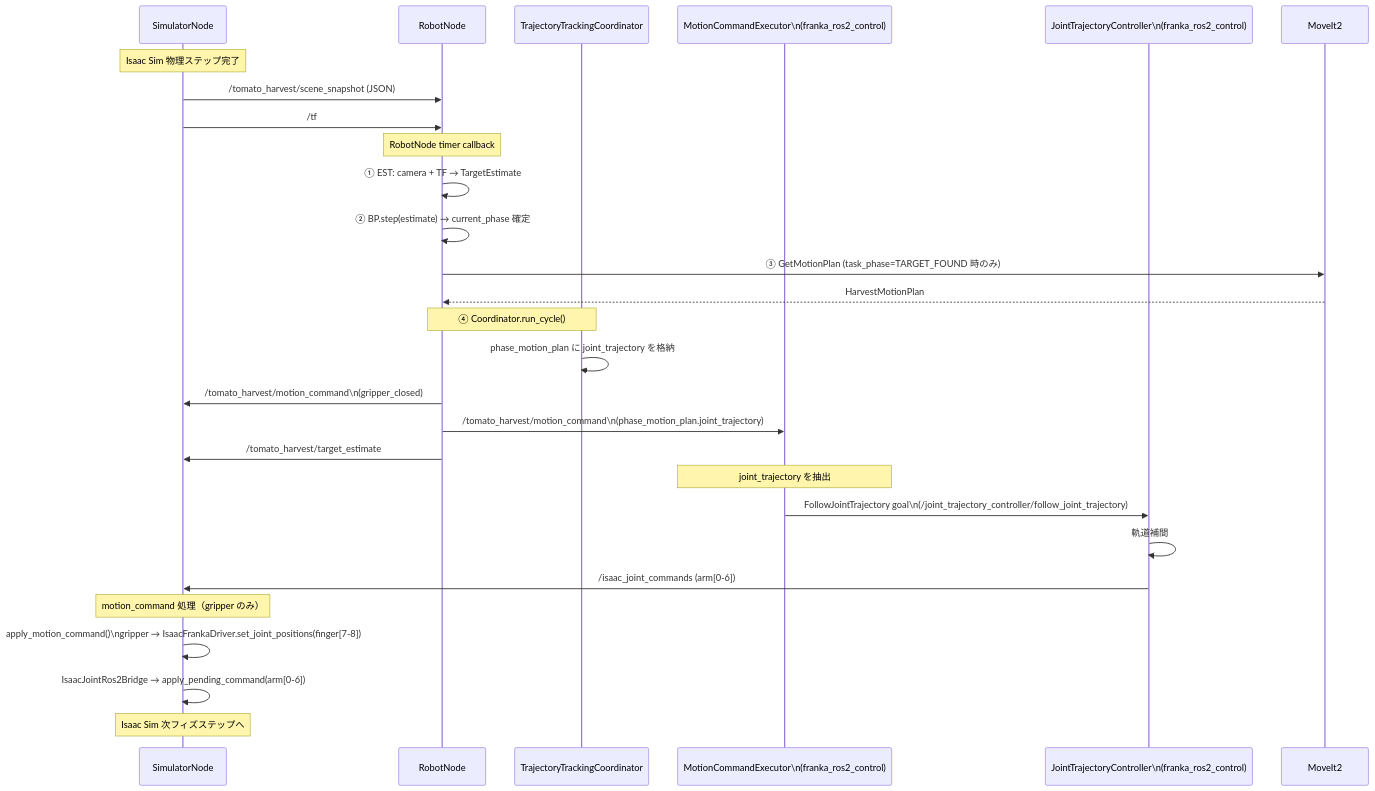
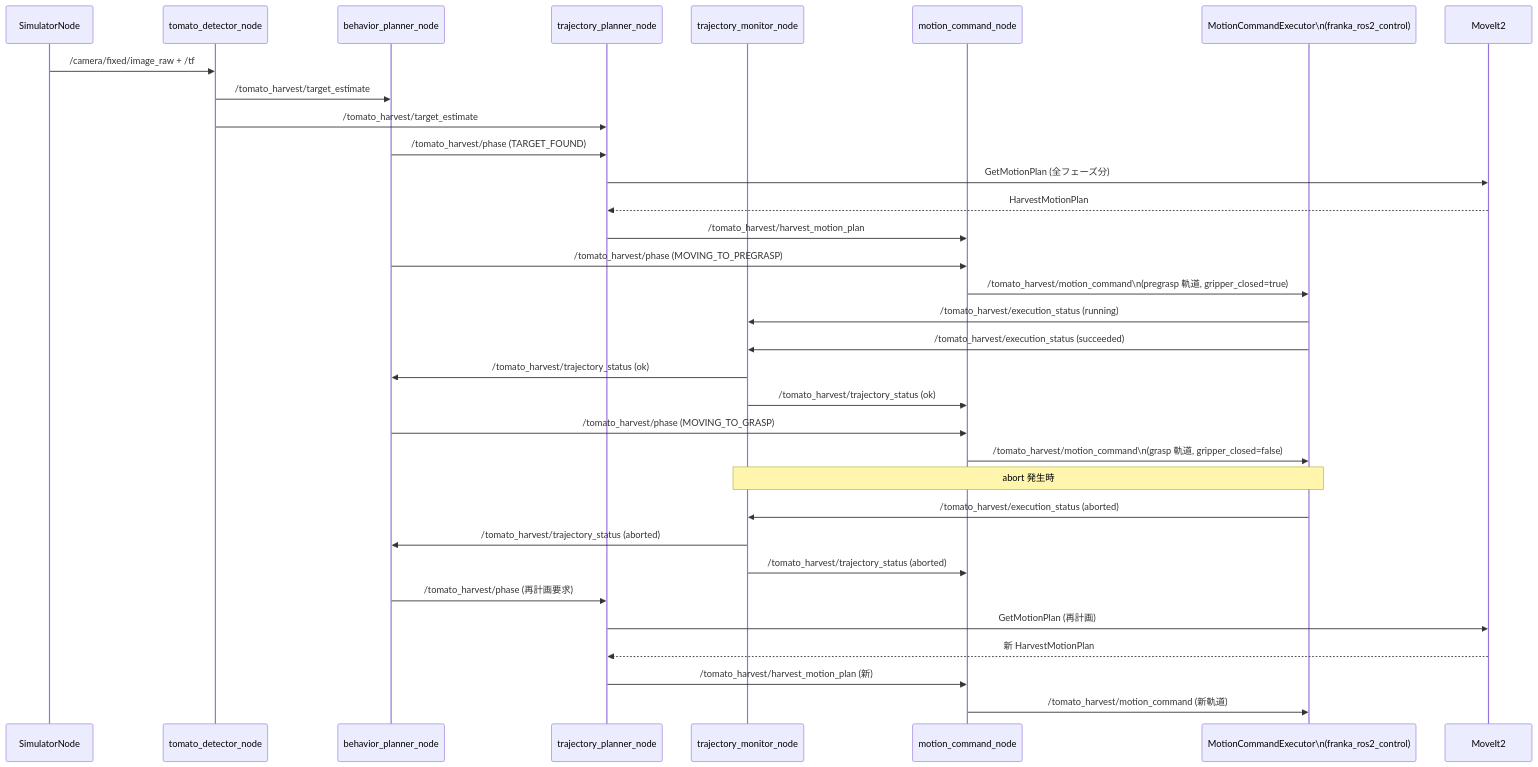
One commit to akodama428/trial_issac_sim changed diagram 11 of 11 in src/tomato_harvest_sim/robot/docs/ROS2_COMPONENT_ARCHITECTURE.md. Above: the diagram before and after it, drawn with Mermaid. The commit also changed other lines of this file and 72 other files, not shown here.

````diff
--- a/src/tomato_harvest_sim/robot/docs/ROS2_COMPONENT_ARCHITECTURE.md
+++ b/src/tomato_harvest_sim/robot/docs/ROS2_COMPONENT_ARCHITECTURE.md
@@ -340,36 +526,37 @@
 ```mermaid
 sequenceDiagram
     participant SIM as SimulatorNode
-    participant ROB as RobotNode
-    participant CO as TrajectoryTrackingCoordinator
+    participant DET as tomato_detector_node
+    participant BP as behavior_planner_node
+    participant TP as trajectory_planner_node
+    participant TM as trajectory_monitor_node
+    participant MC as motion_command_node
     participant MCE as MotionCommandExecutor\n(franka_ros2_control)
-    participant JTC as JointTrajectoryController\n(franka_ros2_control)
     participant MV as MoveIt2
 
-    Note over SIM: Isaac Sim 物理ステップ完了
-    SIM->>ROB: /tomato_harvest/scene_snapshot (JSON)
-    SIM->>ROB: /tf
+    SIM->>DET: /camera/fixed/image_raw + /tf
+    DET->>BP: /tomato_harvest/target_estimate
+    DET->>TP: /tomato_harvest/target_estimate
+    BP->>TP: /tomato_harvest/phase (TARGET_FOUND)
+    TP->>MV: GetMotionPlan (全フェーズ分)
+    MV-->>TP: HarvestMotionPlan
+    TP->>MC: /tomato_harvest/harvest_motion_plan
+    BP->>MC: /tomato_harvest/phase (MOVING_TO_PREGRASP)
+    MC->>MCE: /tomato_harvest/motion_command\n(pregrasp 軌道, gripper_closed=true)
+    MCE->>TM: /tomato_harvest/execution_status (running)
+    MCE->>TM: /tomato_harvest/execution_status (succeeded)
+    TM->>BP: /tomato_harvest/trajectory_status (ok)
+    TM->>MC: /tomato_harvest/trajectory_status (ok)
+    BP->>MC: /tomato_harvest/phase (MOVING_TO_GRASP)
+    MC->>MCE: /tomato_harvest/motion_command\n(grasp 軌道, gripper_closed=false)
 
-    Note over ROB: RobotNode timer callback
-    ROB->>ROB: ① EST: camera + TF → TargetEstimate
-    ROB->>ROB: ② BP.step(estimate) → current_phase 確定
-    ROB->>MV: ③ GetMotionPlan (task_phase=TARGET_FOUND 時のみ)
-    MV-->>ROB: HarvestMotionPlan
-
-    Note over ROB,CO: ④ Coordinator.run_cycle()
-    CO->>CO: phase_motion_plan に joint_trajectory を格納
-
-    ROB->>SIM: /tomato_harvest/motion_command\n(gripper_closed)
-    ROB->>MCE: /tomato_harvest/motion_command\n(phase_motion_plan.joint_trajectory)
-    ROB->>SIM: /tomato_harvest/target_estimate
-
-    Note over MCE: joint_trajectory を抽出
-    MCE->>JTC: FollowJointTrajectory goal\n(/joint_trajectory_controller/follow_joint_trajectory)
-    JTC->>JTC: 軌道補間
-    JTC->>SIM: /isaac_joint_commands (arm[0-6])
-
-    Note over SIM: motion_command 処理（gripper のみ）
-    SIM->>SIM: apply_motion_command()\ngripper → IsaacFrankaDriver.set_joint_positions(finger[7-8])
-    SIM->>SIM: IsaacJointRos2Bridge → apply_pending_command(arm[0-6])
-    Note over SIM: Isaac Sim 次フィズステップへ
+    Note over MCE,TM: abort 発生時
+    MCE->>TM: /tomato_harvest/execution_status (aborted)
+    TM->>BP: /tomato_harvest/trajectory_status (aborted)
+    TM->>MC: /tomato_harvest/trajectory_status (aborted)
+    BP->>TP: /tomato_harvest/phase (再計画要求)
+    TP->>MV: GetMotionPlan (再計画)
+    MV-->>TP: 新 HarvestMotionPlan
+    TP->>MC: /tomato_harvest/harvest_motion_plan (新)
+    MC->>MCE: /tomato_harvest/motion_command (新軌道)
 ```
````
